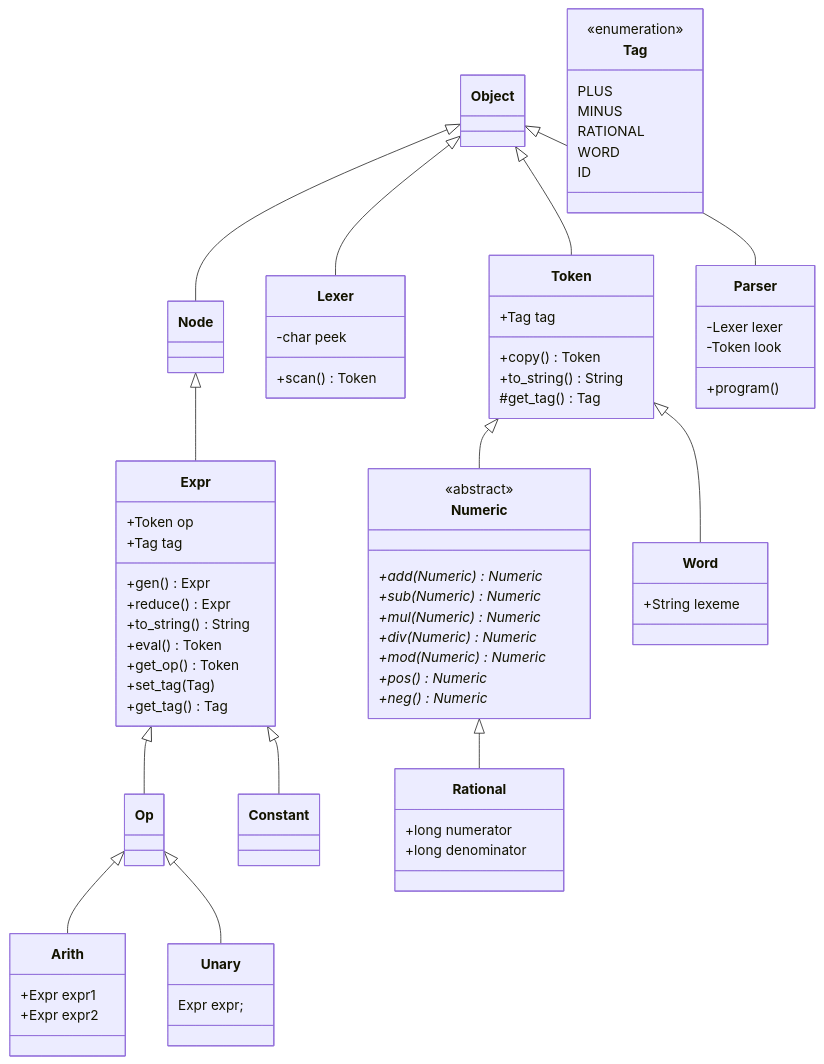
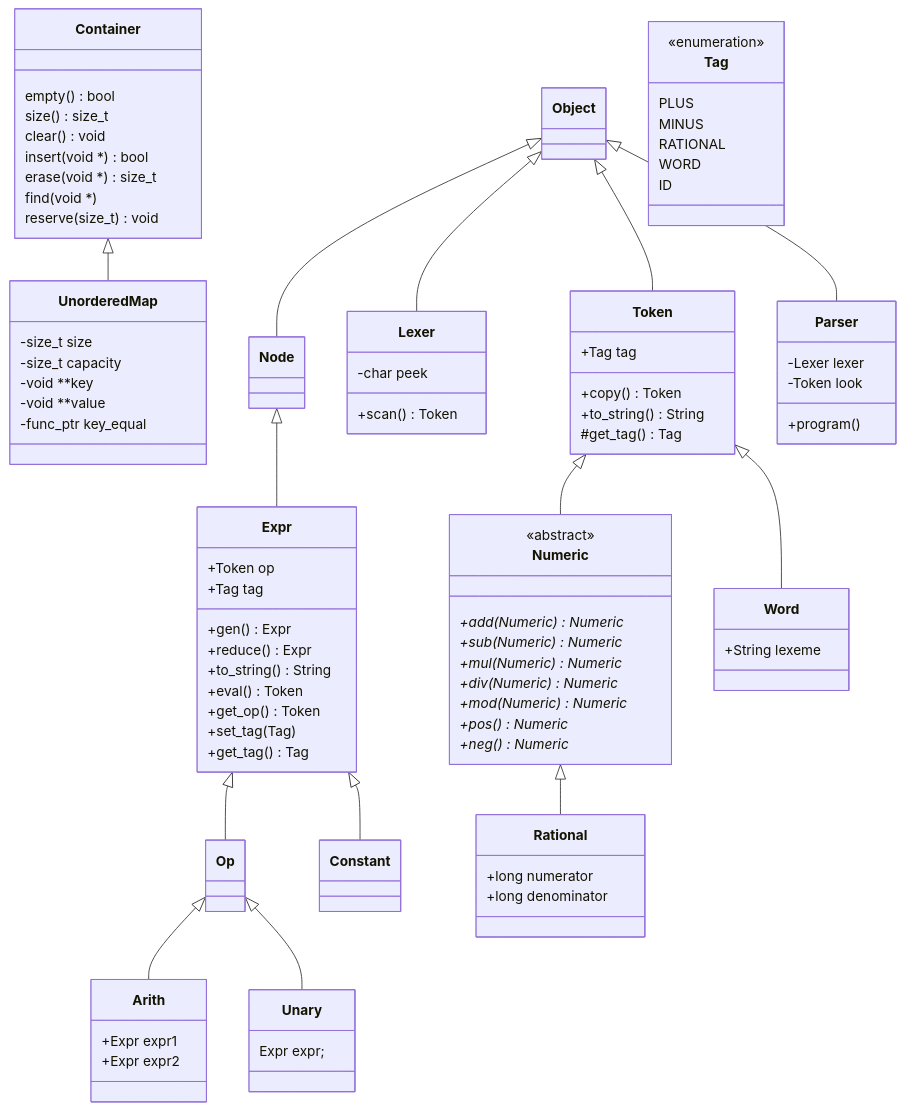
One commit to nwhean/42_computorv changed the diagram in diagram.md. Above: the diagram before and after it, drawn with Mermaid. The commit also changed 9 other files, not shown here.

````diff
--- a/diagram.md
+++ b/diagram.md
@@ -1,5 +1,27 @@
 ```mermaid
 classDiagram
+	%% container
+	class Container {
+		empty() bool
+		size() size_t
+		clear() void
+		insert(void *) bool
+		erase(void *) size_t
+		find(void *)
+		reserve(size_t) void
+	}
+
+	Container <|-- UnorderedMap
+
+	class UnorderedMap {
+		-size_t size
+		-size_t capacity
+		-void **key
+		-void **value
+		-func_ptr key_equal
+	}
+
+
 	%% inter
 
 	Op <|-- Arith
````
